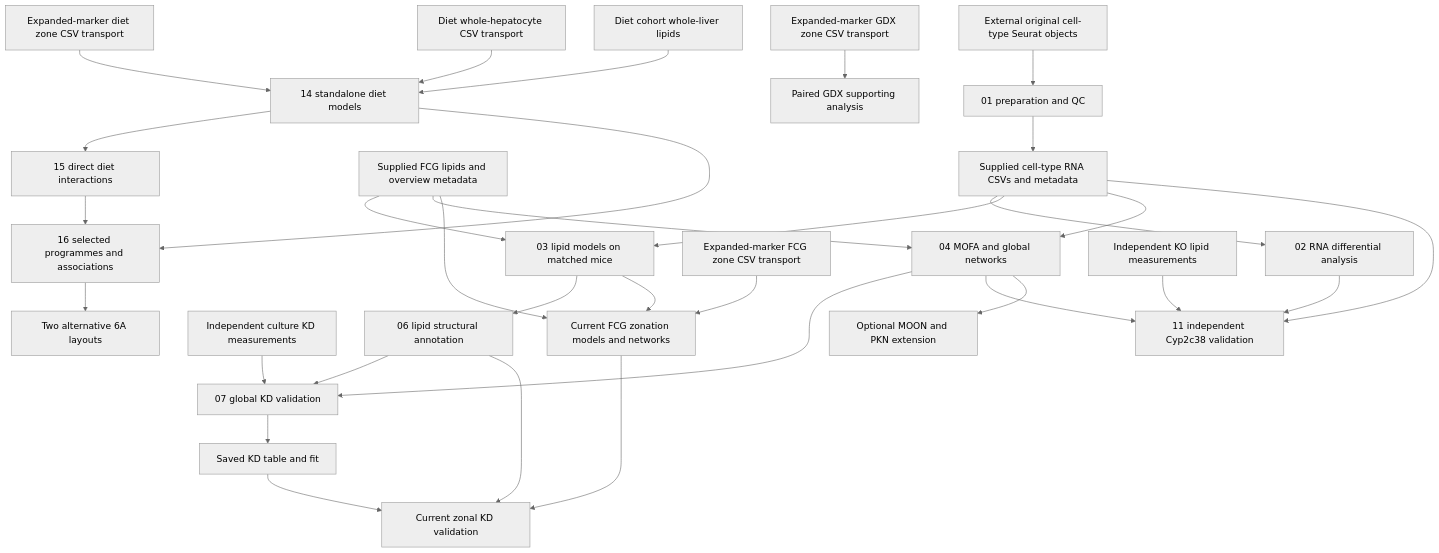
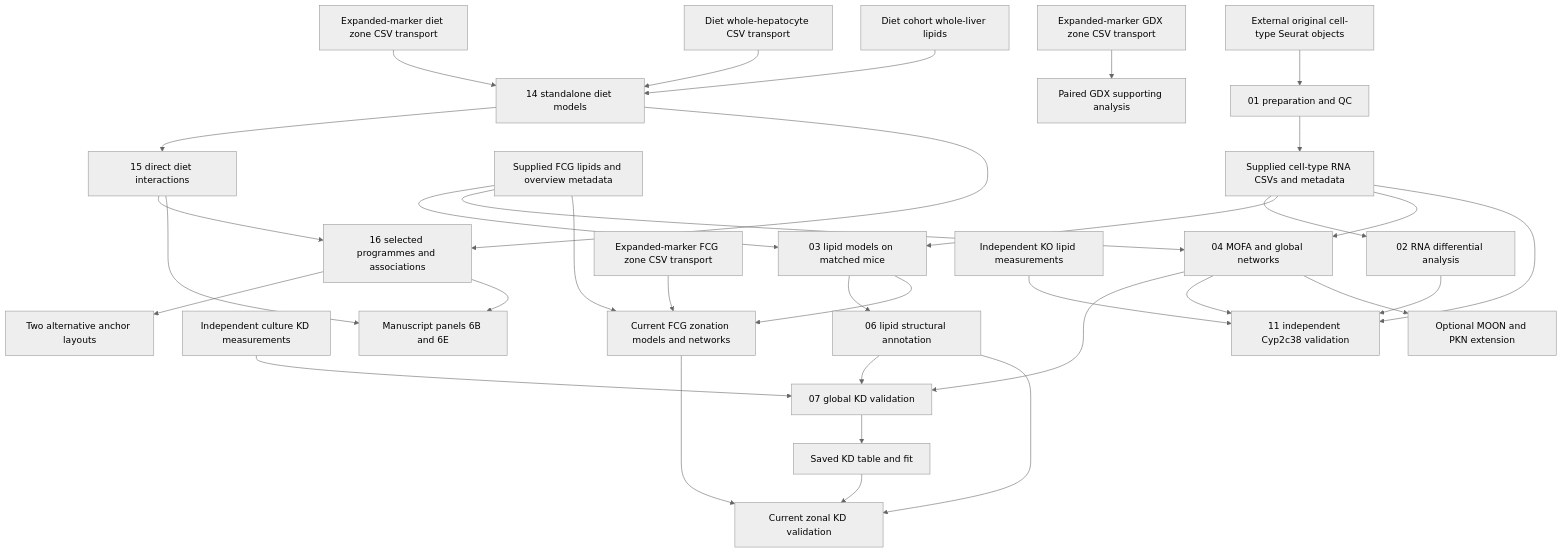
The first of 2 diagrams in PIPELINE.md (saezlab/gonads_snRNAseq_and_lipidomics_analysis_refactored), drawn with Mermaid (neutral theme) before and after one commit. The commit also changed other lines of this file and 30 other files, not shown here.

Commit message:
Promote manuscript Figure 6B and 6E panels

````diff
--- a/PIPELINE.md
+++ b/PIPELINE.md
@@ -13,34 +13,36 @@
 ```mermaid
 flowchart TD
   RAW[External original cell-type Seurat objects] --> W01[01 preparation and QC]
   W01 --> RNA[Supplied cell-type RNA CSVs and metadata]
   RNA --> W02[02 RNA differential analysis]
   RNA --> W03[03 lipid models on matched mice]
   LIP[Supplied FCG lipids and overview metadata] --> W03
   RNA --> W04[04 MOFA and global networks]
   LIP --> W04
   W03 --> W06[06 lipid structural annotation]
   W04 --> GLOBAL[07 global KD validation]
   W06 --> GLOBAL
   KD[Independent culture KD measurements] --> GLOBAL
   W03 --> FCG[Current FCG zonation models and networks]
   ZFCG[Expanded-marker FCG zone CSV transport] --> FCG
   LIP --> FCG
   FCG --> ZKD[Current zonal KD validation]
   GLOBAL --> KDFIT[Saved KD table and fit]
   KDFIT --> ZKD
   W06 --> ZKD
   ZGDX[Expanded-marker GDX zone CSV transport] --> GDX[Paired GDX supporting analysis]
   ZDIET[Expanded-marker diet zone CSV transport] --> D14[14 standalone diet models]
   HEP[Diet whole-hepatocyte CSV transport] --> D14
   DLIP[Diet cohort whole-liver lipids] --> D14
   D14 --> D15[15 direct diet interactions]
   D14 --> D16[16 selected programmes and associations]
   D15 --> D16
-  D16 --> LAYOUT[Two alternative 6A layouts]
+  D16 --> LAYOUT[Two alternative anchor layouts]
+  D15 --> MANUSCRIPT[Manuscript panels 6B and 6E]
+  D16 --> MANUSCRIPT
   W04 --> W11[11 independent Cyp2c38 validation]
   RNA --> W11
   W02 --> W11
   KO[Independent KO lipid measurements] --> W11
   W04 --> MOON[Optional MOON and PKN extension]
 ```
````
